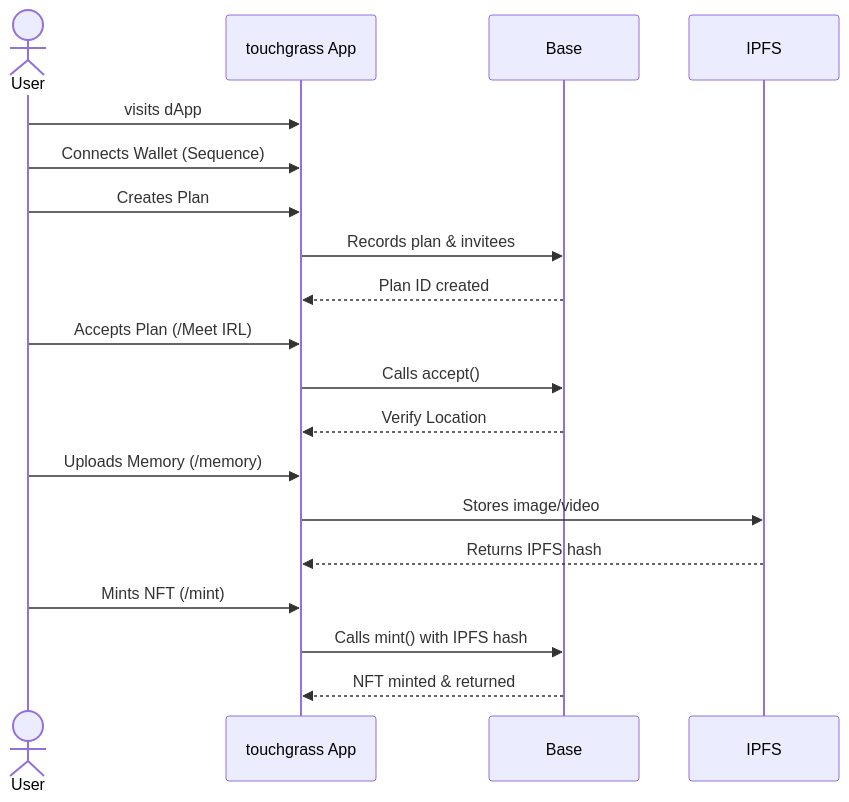
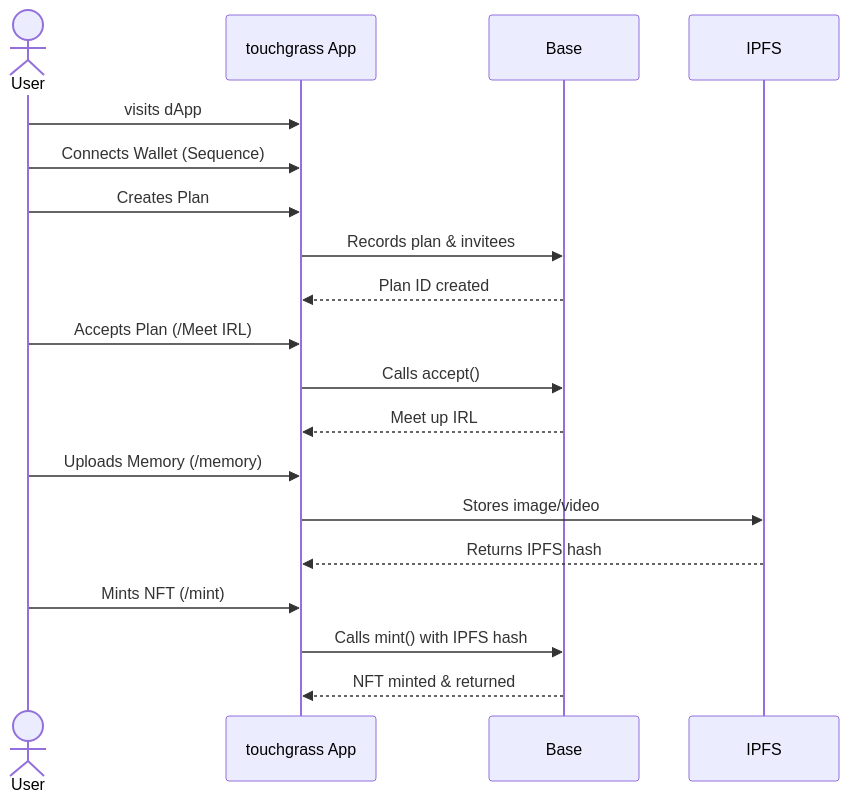
Before and after one commit to SomehowLiving/TouchGrass: the diagram in README.md, drawn with Mermaid. The commit also changed other lines of this file, not shown here.

````diff
--- a/README.md
+++ b/README.md
@@ -27,25 +30,25 @@
  ```mermaid
  sequenceDiagram
      actor U as User
      participant A as touchgrass App
      Participant S as Base
      participant IPFS
 
      U->>A: visits dApp
      U->>A: Connects Wallet (Sequence)
 
      U->>A: Creates Plan
      A->>S: Records plan & invitees
      S-->>A: Plan ID created
 
      U->>A: Accepts Plan (/Meet IRL)
      A->>S: Calls accept()
-     S-->>A: Verify Location
+     S-->>A: Meet up IRL
      U->>A: Uploads Memory (/memory)
      A->>IPFS: Stores image/video
      IPFS-->>A: Returns IPFS hash
 
      U->>A: Mints NFT (/mint)
      A->>S: Calls mint() with IPFS hash
      S-->>A: NFT minted & returned
  ```
````
